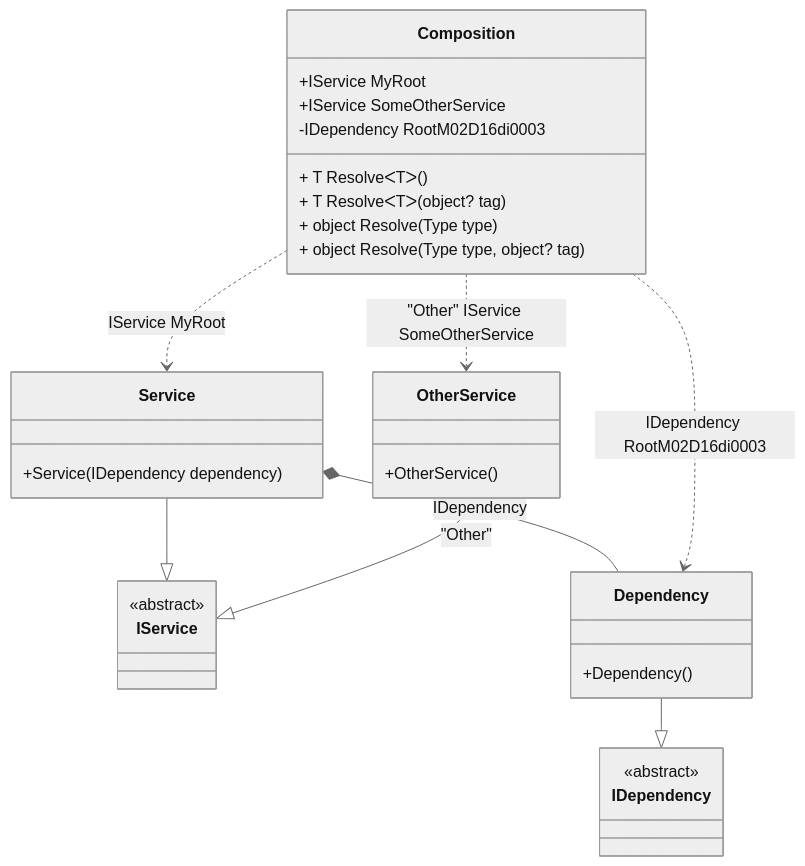
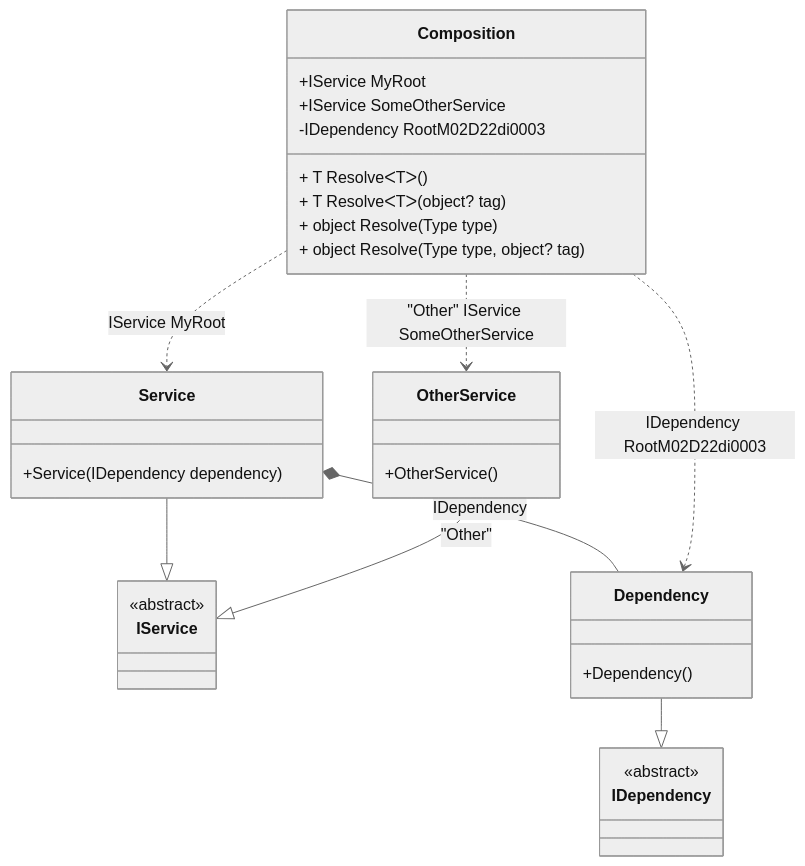
One commit to DevTeam/Pure.DI changed the diagram in readme/composition-roots.md. Above: the diagram before and after it, drawn with Mermaid (neutral theme). The commit also changed other lines of this file and 83 other files, not shown here.

````diff
--- a/readme/composition-roots.md
+++ b/readme/composition-roots.md
@@ -66,34 +66,34 @@
 ```mermaid
 classDiagram
   class Composition {
     +IService MyRoot
     +IService SomeOtherService
-    -IDependency RootM02D16di0003
+    -IDependency RootM02D22di0003
     + T ResolveᐸTᐳ()
     + T ResolveᐸTᐳ(object? tag)
     + object Resolve(Type type)
     + object Resolve(Type type, object? tag)
   }
   Service --|> IService : 
   class Service {
     +Service(IDependency dependency)
   }
   OtherService --|> IService : "Other" 
   class OtherService {
     +OtherService()
   }
   Dependency --|> IDependency : 
   class Dependency {
     +Dependency()
   }
   class IService {
     <<abstract>>
   }
   class IDependency {
     <<abstract>>
   }
   Service *--  Dependency : IDependency
   Composition ..> Service : IService MyRoot
   Composition ..> OtherService : "Other" IService SomeOtherService
-  Composition ..> Dependency : IDependency RootM02D16di0003
+  Composition ..> Dependency : IDependency RootM02D22di0003
 ```
````
